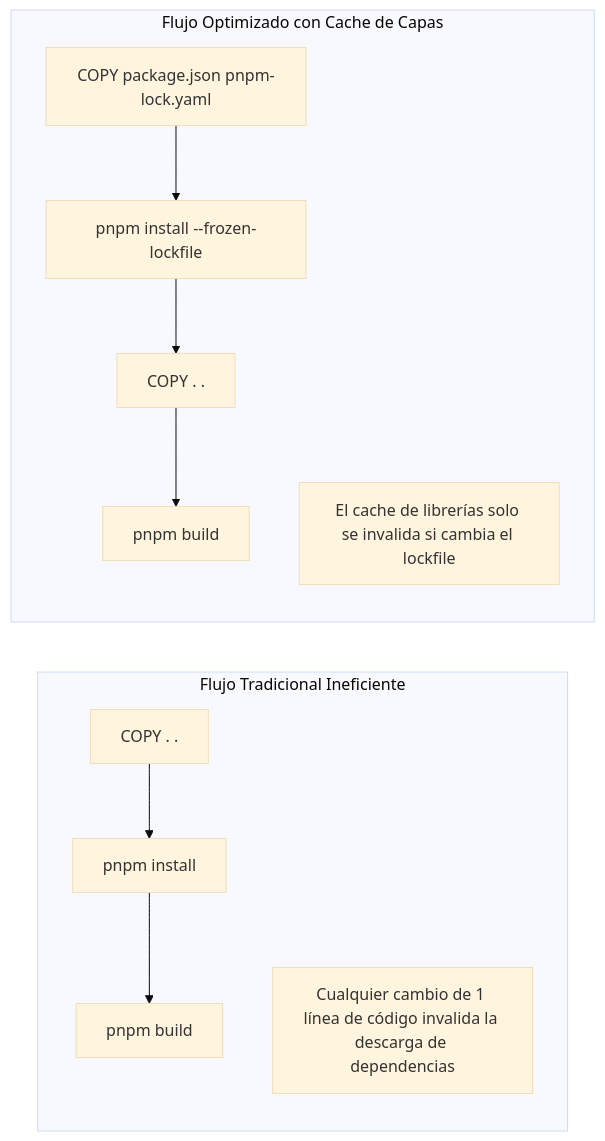
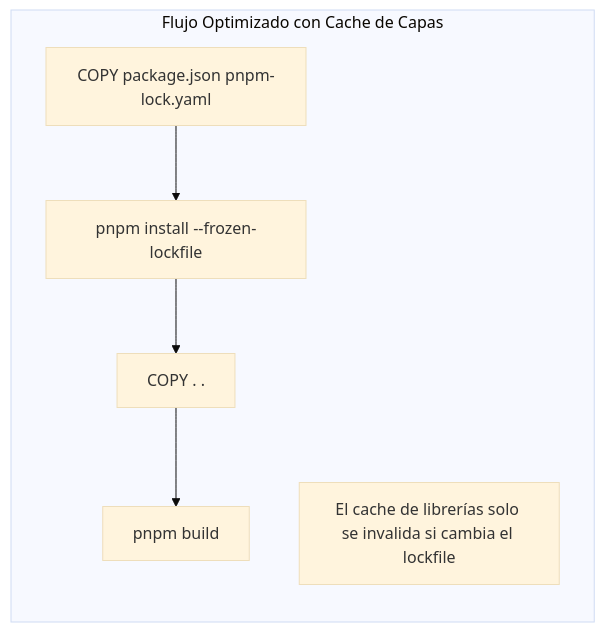
The fourth of 6 diagrams in modulo3/6-Despliegue.md (cesardiaz-utp/DevSeniorCode-CursoCleanArchitectureNode), drawn with Mermaid (base theme) before and after one commit. The commit also changed other lines of this file, not shown here.

````diff
--- a/modulo3/6-Despliegue.md
+++ b/modulo3/6-Despliegue.md
@@ -83,14 +100,9 @@
 ```mermaid
 flowchart LR
-    subgraph Flujo Tradicional Ineficiente
-        A1[COPY . .] --> B1[pnpm install] --> C1[pnpm build]
-        Note1[Cualquier cambio de 1 línea de código invalida la descarga de dependencias]
-    end
-
     subgraph Flujo Optimizado con Cache de Capas
         A2[COPY package.json pnpm-lock.yaml] --> B2[pnpm install --frozen-lockfile]
         B2 --> C2[COPY . .]
         C2 --> D2[pnpm build]
         Note2[El cache de librerías solo se invalida si cambia el lockfile]
     end
 ```
````
